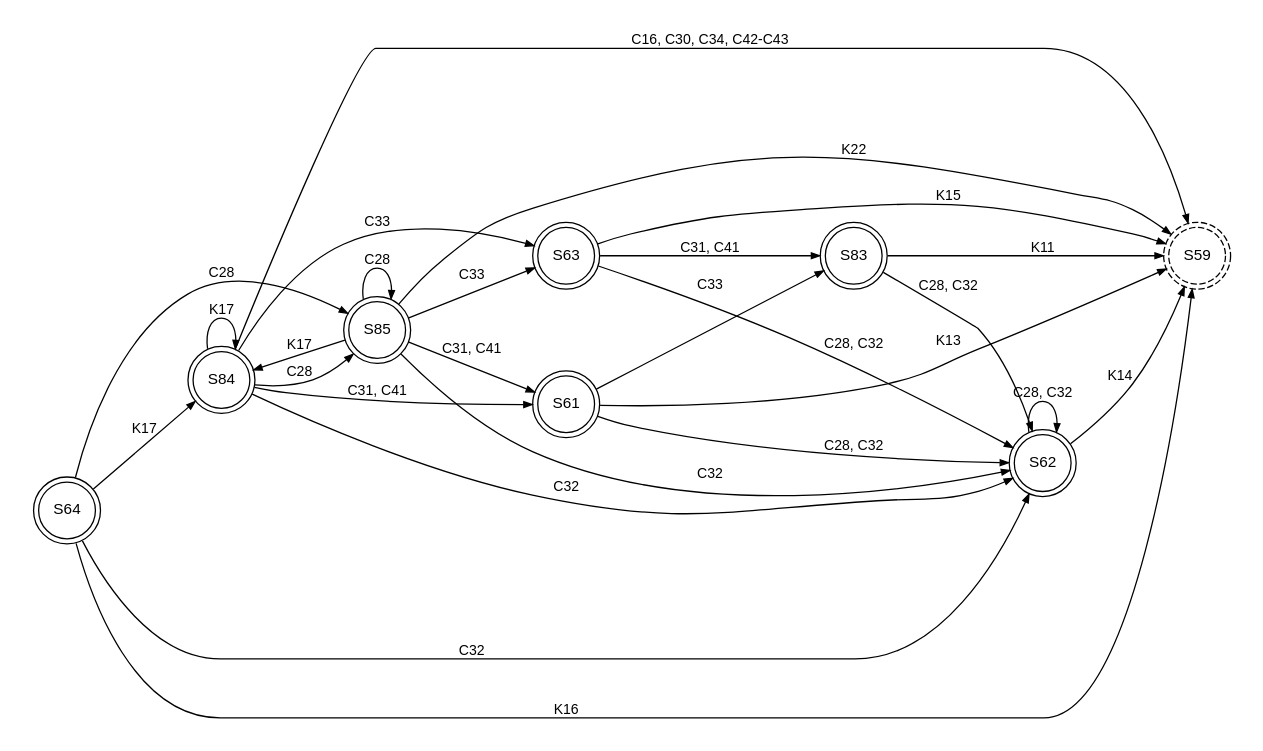
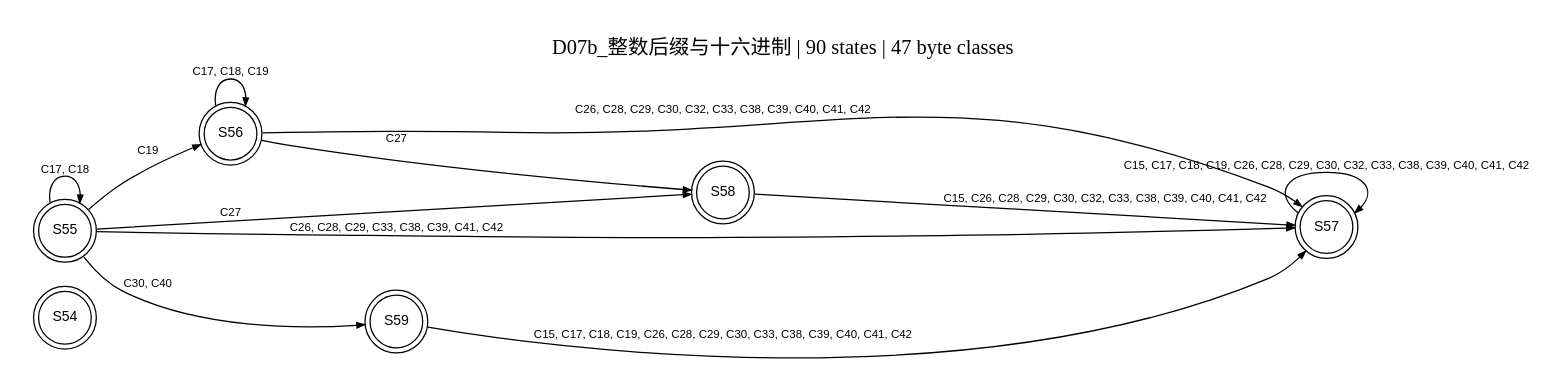
Before and after one commit to EternalLonging/AAACompilerDevelopment: the diagram in 实验设计/LL1与图示/矢量图/D07b_整数后缀与十六进制.dot, drawn with Graphviz. The commit also changed 86 other files, not shown here.

```diff
--- a/实验设计/LL1与图示/矢量图/D07b_整数后缀与十六进制.dot
+++ b/实验设计/LL1与图示/矢量图/D07b_整数后缀与十六进制.dot
@@ -1,35 +1,24 @@
-digraph G { graph [rankdir=LR, bgcolor="white", nodesep=0.3, ranksep=0.65, pad=0.25]; node [fontname="Arial", fontsize=12, shape=circle, width=0.55]; edge [fontname="Arial", fontsize=11, arrowsize=0.65];n59 [label="S59",shape=doublecircle,style=dashed];
-n61 [label="S61",shape=doublecircle,style=solid];
-n62 [label="S62",shape=doublecircle,style=solid];
-n63 [label="S63",shape=doublecircle,style=solid];
-n64 [label="S64",shape=doublecircle,style=solid];
-n83 [label="S83",shape=doublecircle,style=solid];
-n84 [label="S84",shape=doublecircle,style=solid];
-n85 [label="S85",shape=doublecircle,style=solid];
-n61 -> n59 [label="K13"];
-n61 -> n62 [label="C28, C32"];
-n61 -> n83 [label="C33"];
-n62 -> n59 [label="K14"];
-n62 -> n62 [label="C28, C32"];
-n63 -> n59 [label="K15"];
-n63 -> n62 [label="C28, C32"];
-n63 -> n83 [label="C31, C41"];
-n64 -> n59 [label="K16"];
-n64 -> n84 [label="K17"];
-n64 -> n85 [label="C28"];
-n64 -> n62 [label="C32"];
-n83 -> n59 [label="K11"];
-n83 -> n62 [label="C28, C32"];
-n84 -> n59 [label="C16, C30, C34, C42-C43"];
-n84 -> n84 [label="K17"];
-n84 -> n85 [label="C28"];
-n84 -> n61 [label="C31, C41"];
-n84 -> n62 [label="C32"];
-n84 -> n63 [label="C33"];
-n85 -> n59 [label="K22"];
-n85 -> n84 [label="K17"];
-n85 -> n85 [label="C28"];
-n85 -> n61 [label="C31, C41"];
-n85 -> n62 [label="C32"];
-n85 -> n63 [label="C33"];
+digraph G {
+  graph [rankdir=LR, bgcolor="white", nodesep=0.25, ranksep=0.55, pad=0.25];
+  node [fontname="Arial", fontsize=11, shape=circle, width=0.55];
+  edge [fontname="Arial", fontsize=9, arrowsize=0.6];
+  label="D07b_整数后缀与十六进制 | 90 states | 47 byte classes";
+  labelloc="t"; fontsize=16;
+  n54 [label="S54", shape=doublecircle];
+  n55 [label="S55", shape=doublecircle];
+  n56 [label="S56", shape=doublecircle];
+  n57 [label="S57", shape=doublecircle];
+  n58 [label="S58", shape=doublecircle];
+  n59 [label="S59", shape=doublecircle];
+  n55 -> n55 [label="C17, C18"];
+  n55 -> n56 [label="C19"];
+  n55 -> n57 [label="C26, C28, C29, C33, C38, C39, C41, C42"];
+  n55 -> n58 [label="C27"];
+  n55 -> n59 [label="C30, C40"];
+  n56 -> n56 [label="C17, C18, C19"];
+  n56 -> n57 [label="C26, C28, C29, C30, C32, C33, C38, C39, C40, C41, C42"];
+  n56 -> n58 [label="C27"];
+  n57 -> n57 [label="C15, C17, C18, C19, C26, C28, C29, C30, C32, C33, C38, C39, C40, C41, C42"];
+  n58 -> n57 [label="C15, C26, C28, C29, C30, C32, C33, C38, C39, C40, C41, C42"];
+  n59 -> n57 [label="C15, C17, C18, C19, C26, C28, C29, C30, C33, C38, C39, C40, C41, C42"];
 }
```
